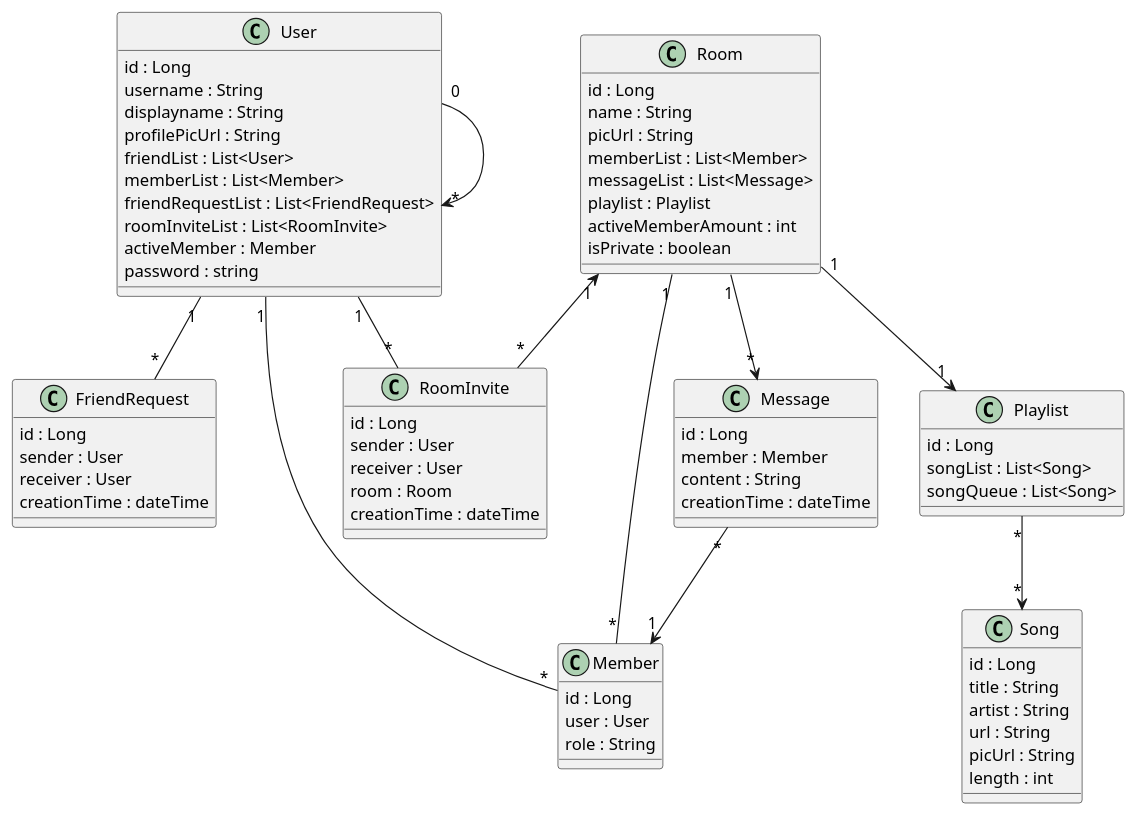
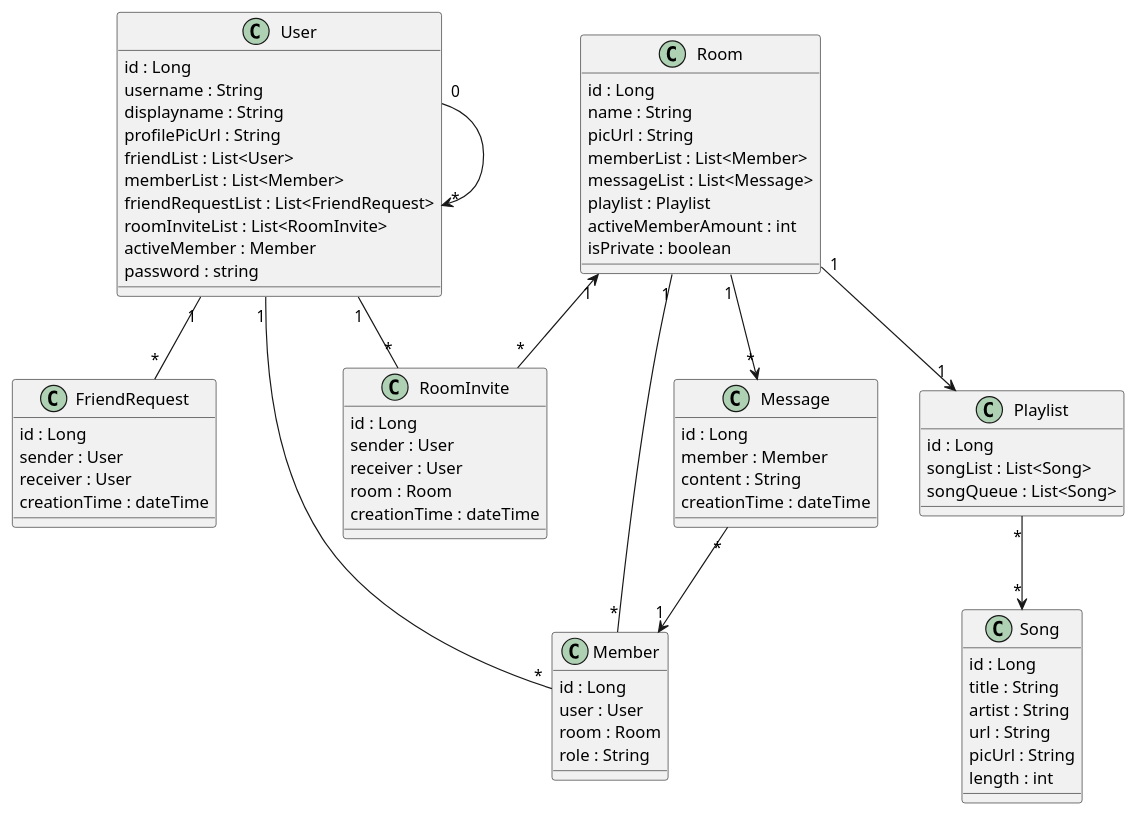
One commit to simonittensammer/roomix-docu changed the diagram in diagramme/klassendiagramm.adoc. Above: the diagram before and after it, drawn with PlantUML.

Commit message:
fix relations mistake in member class

```diff
--- a/diagramme/klassendiagramm.adoc
+++ b/diagramme/klassendiagramm.adoc
@@ -49,6 +49,7 @@
 class Member {
     id : Long
     user : User
+    room : Room
     role : String
 }
 
```
